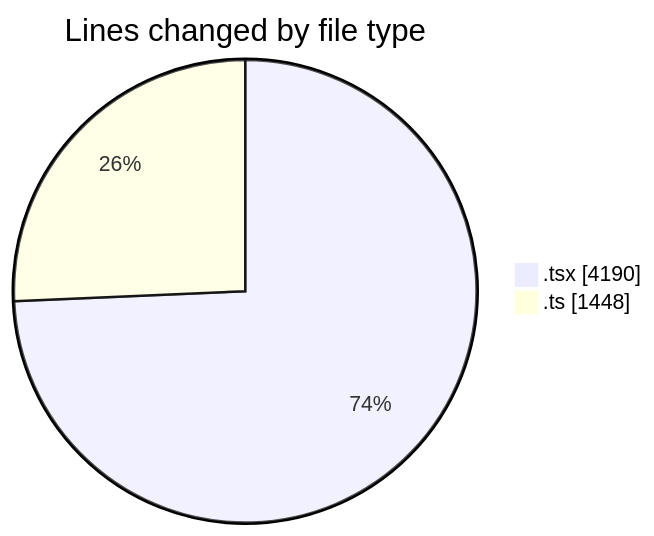
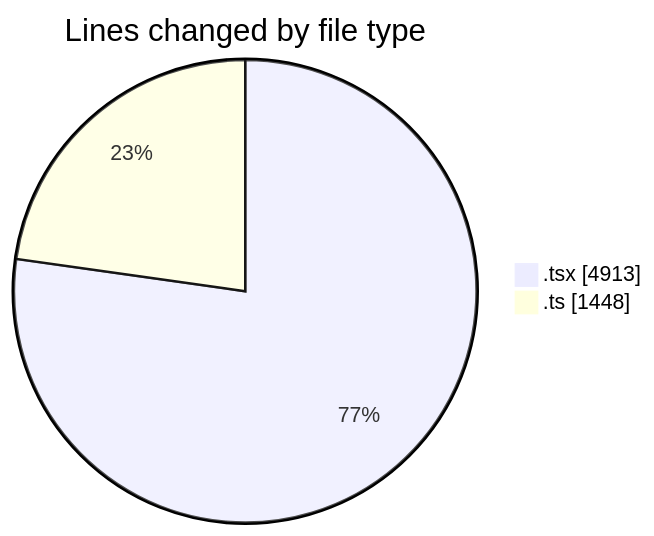
One commit to nxtqubesakshisongat/code-tracking changed the first of 2 diagrams in 2026-02-26/nxtqube_webapp/README.md. Above: the diagram before and after it, drawn with Mermaid. The commit also changed other lines of this file and 1 other file, not shown here.

````diff
--- a/2026-02-26/nxtqube_webapp/README.md
+++ b/2026-02-26/nxtqube_webapp/README.md
@@ -31,6 +32,6 @@
 ```mermaid
 pie showData
 title Lines changed by file type
-".tsx" : 4190
+".tsx" : 4913
 ".ts" : 1448
 ```
````
